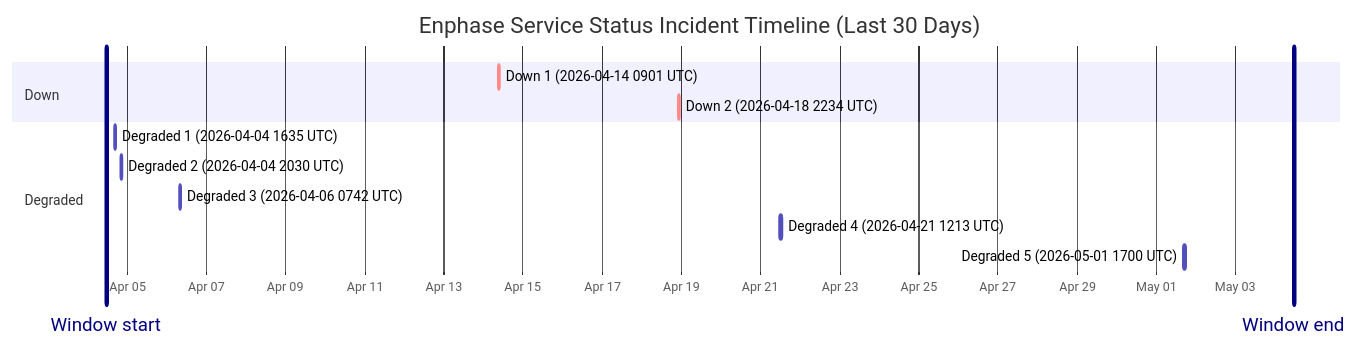
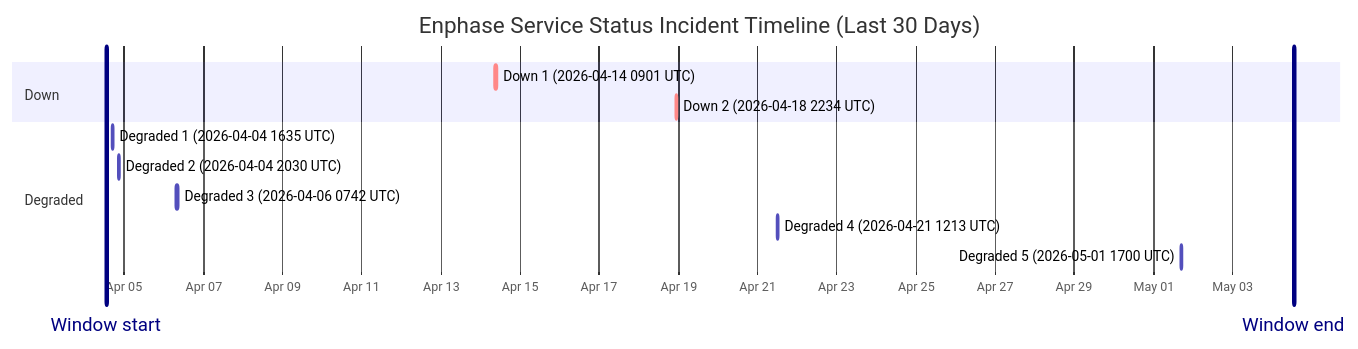
One commit to barneyonline/ha-enphase-ev-charger changed the diagram in wiki/Service-Status-History.md. Above: the diagram before and after it, drawn with Mermaid. The commit also changed other lines of this file and 3 other files, not shown here.

````diff
--- a/wiki/Service-Status-History.md
+++ b/wiki/Service-Status-History.md
@@ -14,17 +14,17 @@
 ```mermaid
 gantt
     title Enphase Service Status Incident Timeline (Last 30 Days)
     dateFormat  YYYY-MM-DDTHH:mm:ss
     axisFormat  %b %d
-    Window start :vert, window-start, 2026-04-04T11:21:14, 0ms
-    Window end :vert, window-end, 2026-05-04T11:21:14, 0ms
+    Window start :vert, window-start, 2026-04-04T13:06:51, 0ms
+    Window end :vert, window-end, 2026-05-04T13:06:51, 0ms
     section Down
     Down 1 (2026-04-14 0901 UTC) :crit, down-1, 2026-04-14T09:01:13, 60m
     Down 2 (2026-04-18 2234 UTC) :crit, down-2, 2026-04-18T22:34:13, 60m
     section Degraded
     Degraded 1 (2026-04-04 1635 UTC) :active, degraded-1, 2026-04-04T16:35:17, 60m
     Degraded 2 (2026-04-04 2030 UTC) :active, degraded-2, 2026-04-04T20:30:40, 60m
     Degraded 3 (2026-04-06 0742 UTC) :active, degraded-3, 2026-04-06T07:42:09, 85m
     Degraded 4 (2026-04-21 1213 UTC) :active, degraded-4, 2026-04-21T12:13:11, 60m
     Degraded 5 (2026-05-01 1700 UTC) :active, degraded-5, 2026-05-01T17:00:22, 60m
 ```
````
